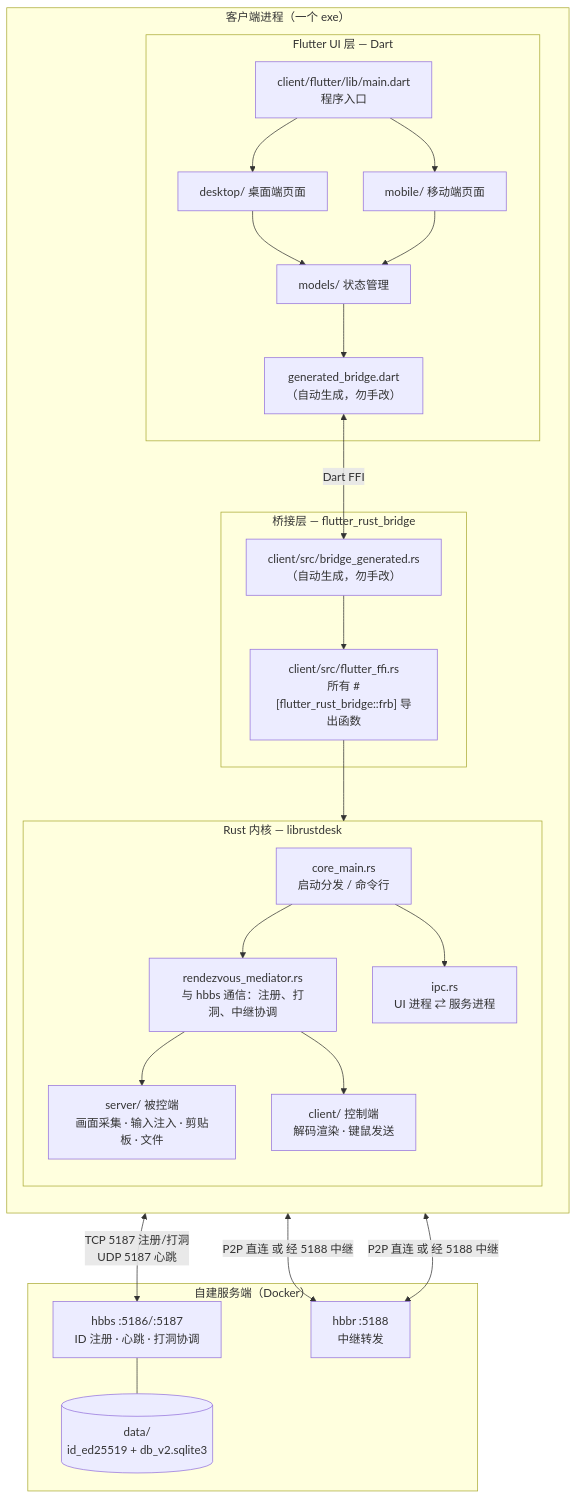
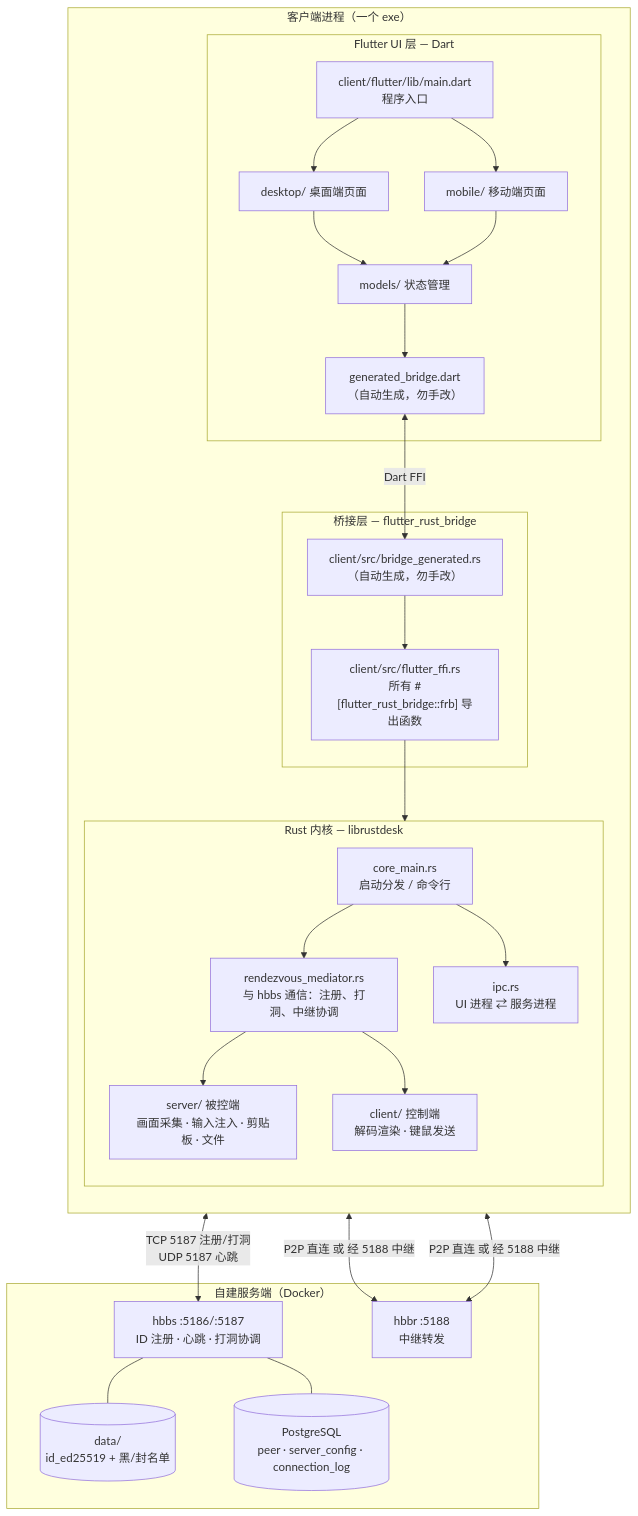
Before and after one commit to liaozhimingandy/wedesk: the first of 4 diagrams in docs/01-architecture.md, drawn with Mermaid. The commit also changed 19 other files, not shown here.

First line of the commit message:
服务端持久化统一收敛到 PostgreSQL（默认后端 + 密钥托管 + 连接审计）

````diff
--- a/docs/01-architecture.md
+++ b/docs/01-architecture.md
@@ -22,51 +22,53 @@
 ```mermaid
 flowchart TB
     subgraph CLIENT["客户端进程（一个 exe）"]
         direction TB
 
         subgraph UI["Flutter UI 层 — Dart"]
             MAIN["client/flutter/lib/main.dart<br/>程序入口"]
             DESK["desktop/ 桌面端页面"]
             MOB["mobile/ 移动端页面"]
             MODELS["models/ 状态管理"]
             GEN_DART["generated_bridge.dart<br/>（自动生成，勿手改）"]
             MAIN --> DESK
             MAIN --> MOB
             DESK --> MODELS
             MOB --> MODELS
             MODELS --> GEN_DART
         end
 
         subgraph BRIDGE["桥接层 — flutter_rust_bridge"]
             FFI["client/src/flutter_ffi.rs<br/>所有 #[flutter_rust_bridge::frb] 导出函数"]
             GEN_RS["client/src/bridge_generated.rs<br/>（自动生成，勿手改）"]
         end
 
         subgraph CORE["Rust 内核 — librustdesk"]
             CM["core_main.rs<br/>启动分发 / 命令行"]
             REN["rendezvous_mediator.rs<br/>与 hbbs 通信：注册、打洞、中继协调"]
             SRV["server/ 被控端<br/>画面采集 · 输入注入 · 剪贴板 · 文件"]
             CLI["client/ 控制端<br/>解码渲染 · 键鼠发送"]
             IPC["ipc.rs<br/>UI 进程 ⇄ 服务进程"]
             CM --> REN
             REN --> SRV
             REN --> CLI
             CM --> IPC
         end
     end
 
     GEN_DART <-->|"Dart FFI"| GEN_RS
     GEN_RS --> FFI
     FFI --> CORE
 
     subgraph SERVER["自建服务端（Docker）"]
         HBBS["hbbs :5186/:5187<br/>ID 注册 · 心跳 · 打洞协调"]
         HBBR["hbbr :5188<br/>中继转发"]
-        DB[("data/<br/>id_ed25519 + db_v2.sqlite3")]
+        DB[("data/<br/>id_ed25519 + 黑/封名单")]
+        PG[("PostgreSQL<br/>peer · server_config · connection_log")]
         HBBS --- DB
+        HBBS --- PG
     end
 
     REN <-->|"TCP 5187 注册/打洞<br/>UDP 5187 心跳"| HBBS
     SRV <-->|"P2P 直连 或 经 5188 中继"| HBBR
     CLI <-->|"P2P 直连 或 经 5188 中继"| HBBR
 ```
````
